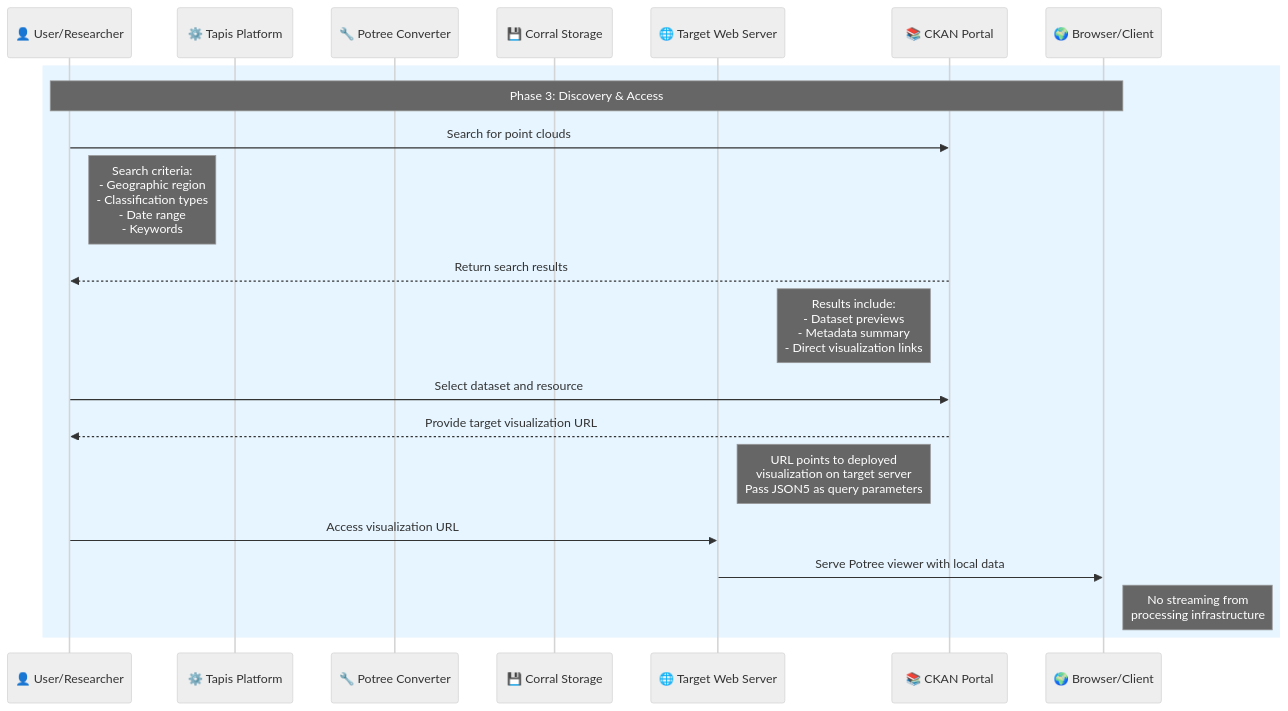
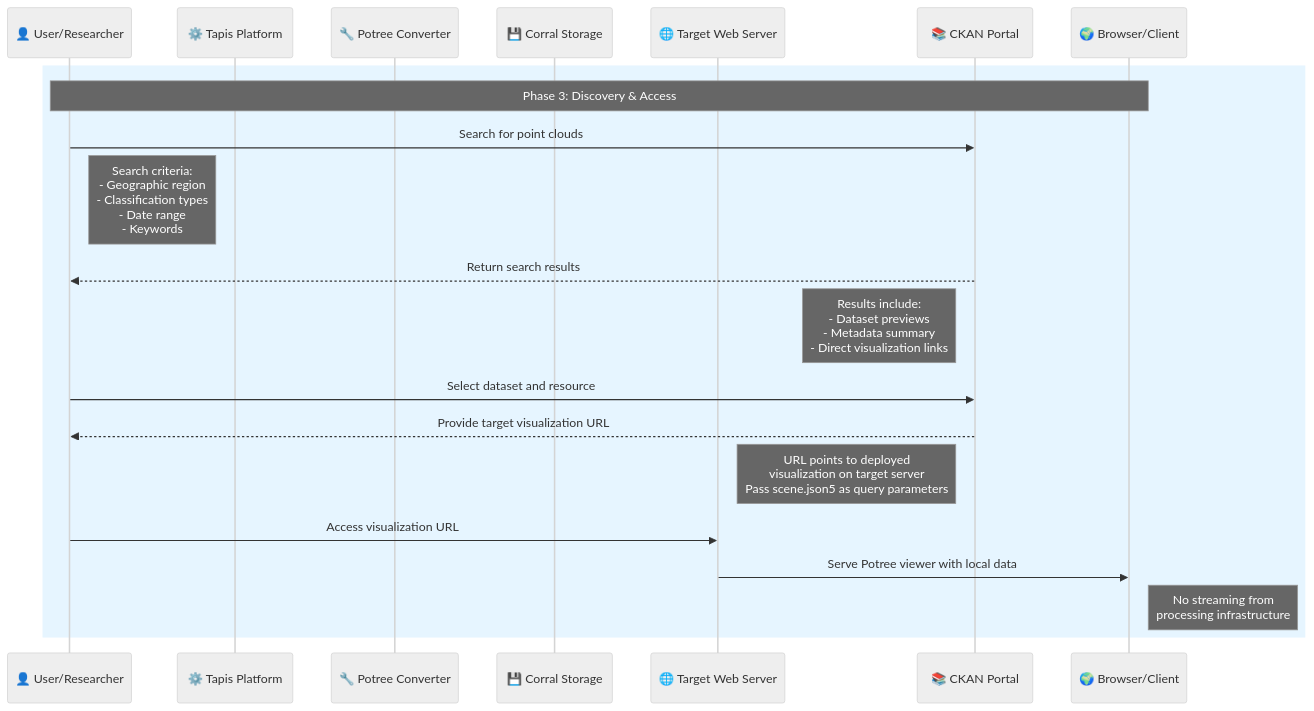
Before and after one commit to In-For-Disaster-Analytics/potree: the third of 5 diagrams in README-pipeline.md, drawn with Mermaid. The commit also changed other lines of this file, not shown here.

Commit message:
Update README-pipeline.md to reflect changes in scene.json5 configuration references

````diff
--- a/README-pipeline.md
+++ b/README-pipeline.md
@@ -196,29 +196,29 @@
 ```mermaid
 %%{ init : { "theme" : "neutral", "themeVariables" : { "primaryColor" : "#fff", "primaryTextColor" : "#000", "primaryBorderColor" : "#000", "lineColor" : "#000", "secondaryColor" : "#f8f8f8", "tertiaryColor" : "#f0f0f0" }}}%%
 sequenceDiagram
     participant User as 👤 User/Researcher
     participant Tapis as ⚙️ Tapis Platform
     participant Potree as 🔧 Potree Converter
     participant Corral as 💾 Corral Storage
     participant Target as 🌐 Target Web Server
     participant CKAN as 📚 CKAN Portal
     participant Browser as 🌍 Browser/Client
 
     %% Discovery & Access Phase
     rect rgb(230, 245, 255)
         Note over User,Browser: Phase 3: Discovery & Access
         User->>CKAN: Search for point clouds
         Note right of User: Search criteria:<br/>- Geographic region<br/>- Classification types<br/>- Date range<br/>- Keywords
 
         CKAN-->>User: Return search results
         Note left of CKAN: Results include:<br/>- Dataset previews<br/>- Metadata summary<br/>- Direct visualization links
 
         User->>CKAN: Select dataset and resource
         CKAN-->>User: Provide target visualization URL
-        Note left of CKAN: URL points to deployed<br/>visualization on target server<br> Pass JSON5 as query parameters
+        Note left of CKAN: URL points to deployed<br/>visualization on target server<br> Pass scene.json5 as query parameters
 
         User->>Target: Access visualization URL
         Target->>Browser: Serve Potree viewer with local data
         Note right of Browser: No streaming from<br/>processing infrastructure
     end
 ```
````
